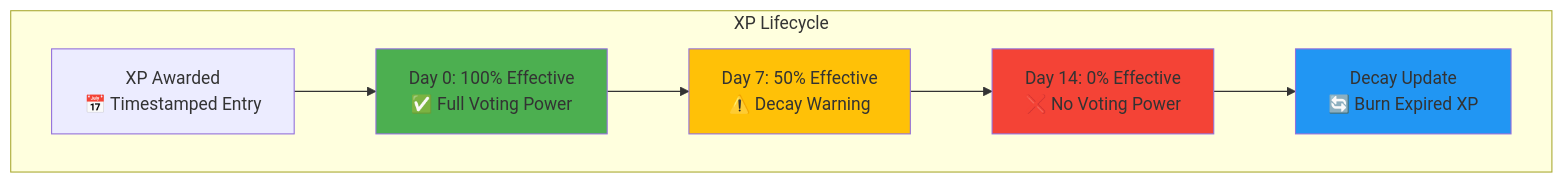
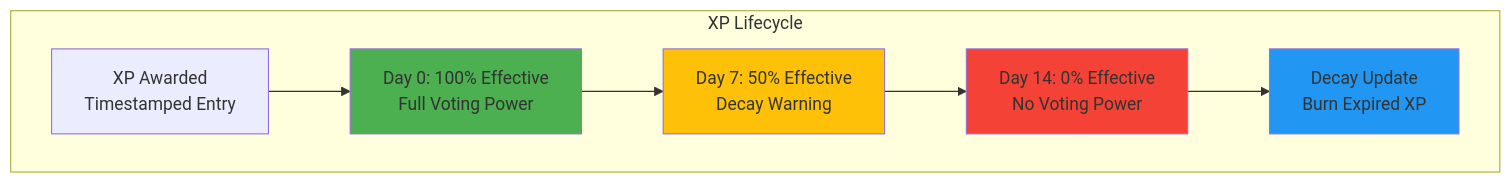
Before and after one commit to Elata-Biosciences/elata-protocol: the fifth of 8 diagrams in README.md, drawn with Mermaid. The commit also changed other lines of this file, not shown here.

````diff
--- a/README.md
+++ b/README.md
@@ -305,20 +305,20 @@
 ```mermaid
 graph TD
     subgraph "XP Lifecycle"
-        AWARD[XP Awarded<br/>📅 Timestamped Entry]
-        FRESH[Day 0: 100% Effective<br/>✅ Full Voting Power]
-        DECAY[Day 7: 50% Effective<br/>⚠️ Decay Warning]
-        EXPIRED[Day 14: 0% Effective<br/>❌ No Voting Power]
-        UPDATE[Decay Update<br/>🔄 Burn Expired XP]
+        AWARD[XP Awarded<br/> Timestamped Entry]
+        FRESH[Day 0: 100% Effective<br/> Full Voting Power]
+        DECAY[Day 7: 50% Effective<br/> Decay Warning]
+        EXPIRED[Day 14: 0% Effective<br/> No Voting Power]
+        UPDATE[Decay Update<br/> Burn Expired XP]
     end
     
     AWARD --> FRESH
     FRESH --> DECAY
     DECAY --> EXPIRED
     EXPIRED --> UPDATE
     
     style FRESH fill:#4caf50
     style DECAY fill:#ffc107
     style EXPIRED fill:#f44336
     style UPDATE fill:#2196f3
 ```
````
